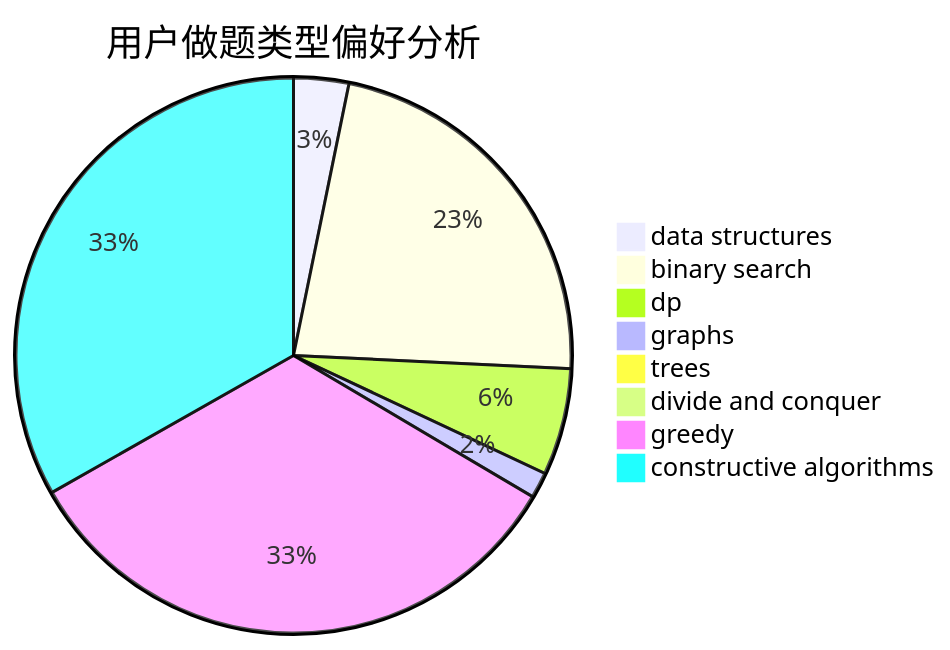
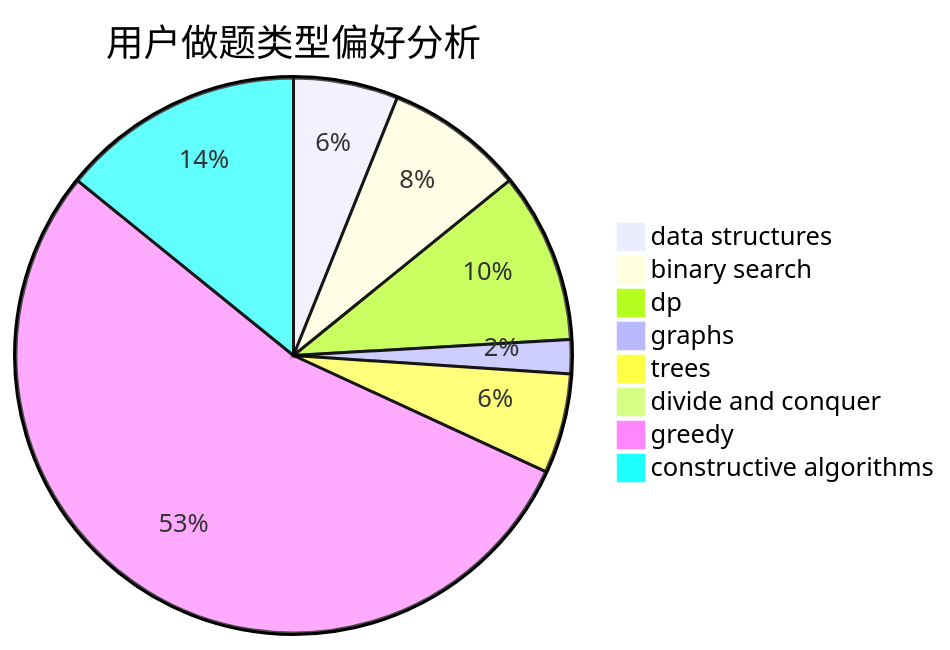
Before and after one commit to sherpahu/cfrs.github.io: the second of 3 diagrams in docs/user/u1003.md, drawn with Mermaid. The commit also changed other lines of this file and 2770 other files, not shown here.

````diff
--- a/docs/user/u1003.md
+++ b/docs/user/u1003.md
@@ -23,11 +23,11 @@
 ```mermaid
 pie title 用户做题类型偏好分析
-    "data structures" :  34
-    "binary search" :  239
-    "dp" :  66
-    "graphs" :  16
-    "trees" :  0
-    "divide and conquer" :  0
-    "greedy" :  353
-    "constructive algorithms" :  352
+    "data structures" :  43
+    "binary search" :  57
+    "dp" :  70
+    "graphs" :  14
+    "trees" :  41
+    "divide and conquer" :  7
+    "greedy" :  381
+    "constructive algorithms" :  100
 ```
````
